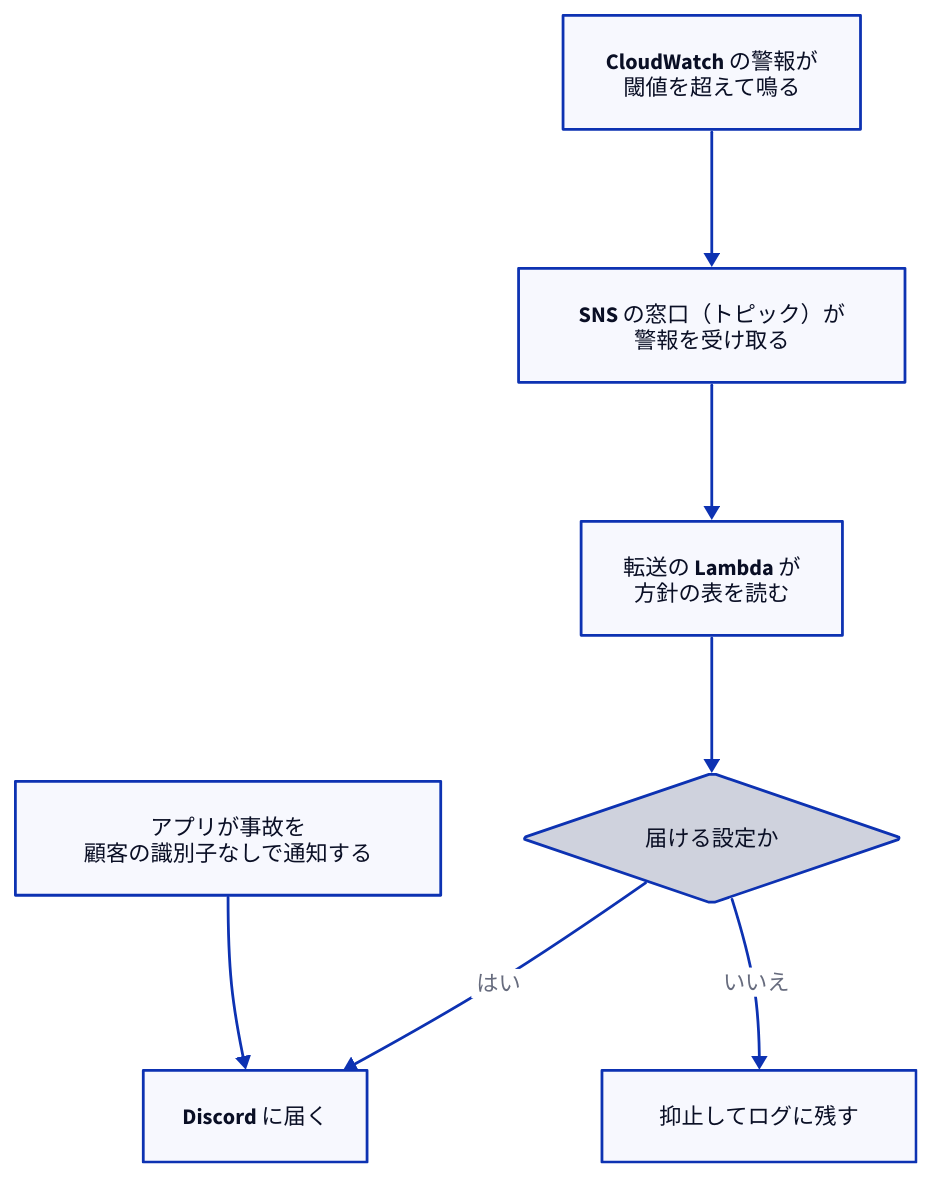
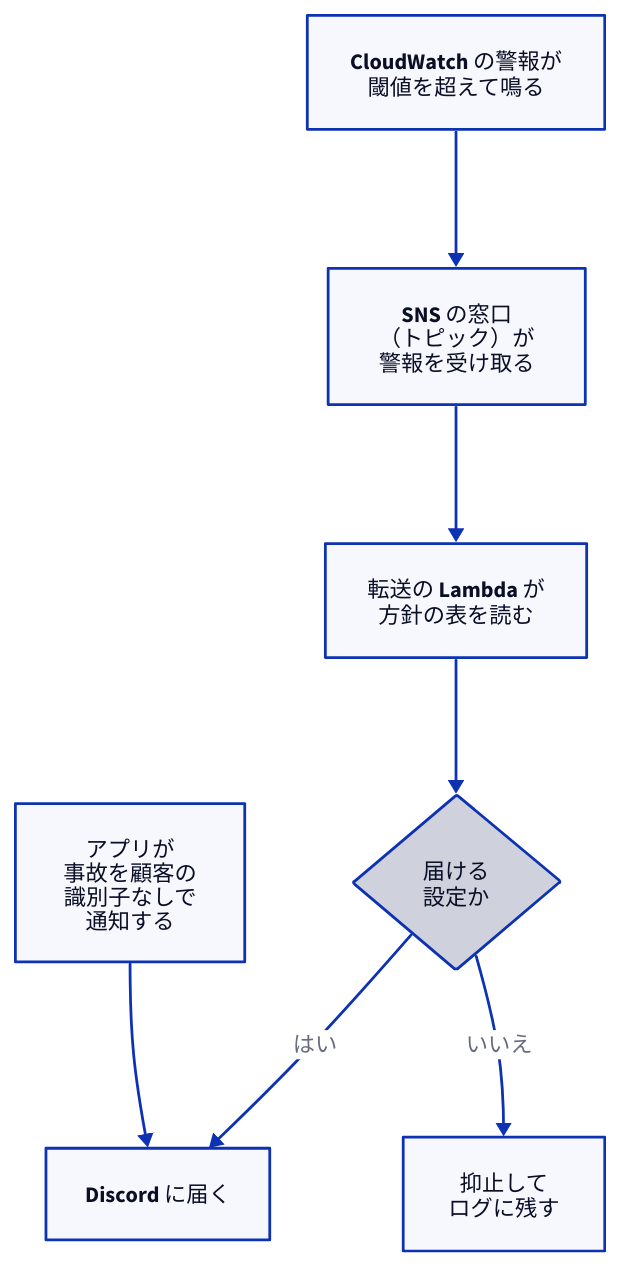
Before and after one commit to Takenori-Kusaka/publishing-hub: the diagram in images/ganbari-quest-design/observability.d2, drawn with D2. The commit also changed 78 other files, not shown here.

First line of the commit message:
fix(diagrams): 自然幅が 480px を超えていた図 26 枚を縦に積んで描き直す

```diff
--- a/images/ganbari-quest-design/observability.d2
+++ b/images/ganbari-quest-design/observability.d2
@@ -1,23 +1,24 @@
 # 警報が届くまでの経路（正本: books/ganbari-quest-design/observability.md）
 # 一方向のフローなので layout は dagre（TALA は公式に「DAG は苦手」と明記）。
+# 自然幅を 480px 以下に収めるため、行を短く折る（幅 390px の電話でも 0.75 倍より縮まず、16px の文字が約 12px 以上で読める）。
 vars: {
   d2-config: {
     layout-engine: dagre
   }
 }
 direction: down
 
 A: "CloudWatch の警報が\n閾値を超えて鳴る"
-S: "SNS の窓口（トピック）が\n警報を受け取る"
+S: "SNS の窓口\n（トピック）が\n警報を受け取る"
 F: "転送の Lambda が\n方針の表を読む"
-P: "届ける設定か" { shape: diamond }
+P: "届ける\n設定か" { shape: diamond }
 D: "Discord に届く"
-L: "抑止してログに残す"
-X: "アプリが事故を\n顧客の識別子なしで通知する"
+L: "抑止して\nログに残す"
+X: "アプリが\n事故を顧客の\n識別子なしで\n通知する"
 
 A -> S
 S -> F
 F -> P
 P -> D: "はい"
 P -> L: "いいえ"
 X -> D
```
